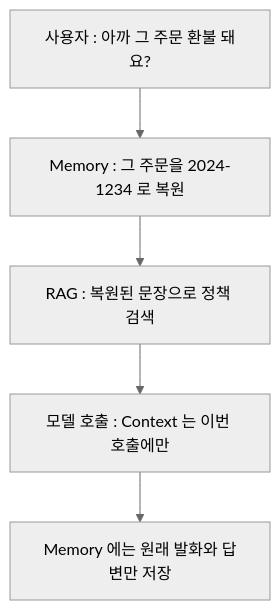
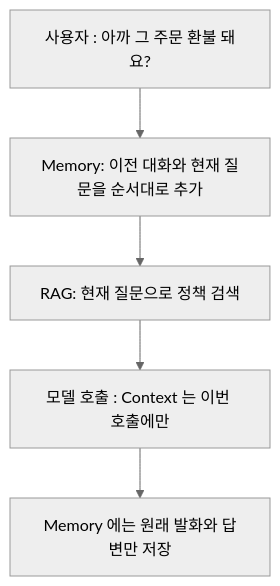
One commit to hyungkishin/hyungkishin.github.io changed the diagram in contents/posts/backend/spring/spring-ai/round4/index.md. Above: the diagram before and after it, drawn with Mermaid (neutral theme). The commit also changed other lines of this file and 74 other files, not shown here.

````diff
--- a/contents/posts/backend/spring/spring-ai/round4/index.md
+++ b/contents/posts/backend/spring/spring-ai/round4/index.md
@@ -110,7 +112,7 @@
 ```mermaid
 flowchart TD
-    A["사용자 : 아까 그 주문 환불 돼요?"] --> B["Memory : 그 주문을 2024-1234 로 복원"]
-    B --> C["RAG : 복원된 문장으로 정책 검색"]
+    A["사용자 : 아까 그 주문 환불 돼요?"] --> B["Memory: 이전 대화와 현재 질문을 순서대로 추가"]
+    B --> C["RAG: 현재 질문으로 정책 검색"]
     C --> D["모델 호출 : Context 는 이번 호출에만"]
     D --> E["Memory 에는 원래 발화와 답변만 저장"]
 ```
````
